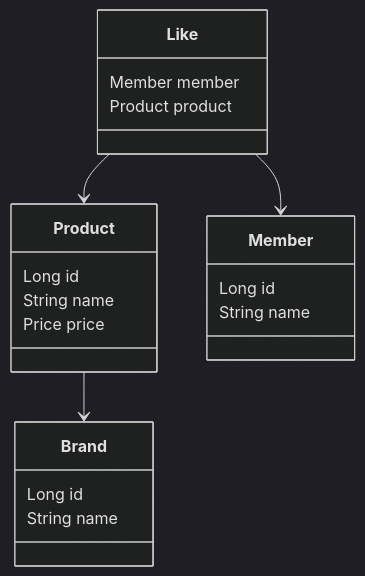
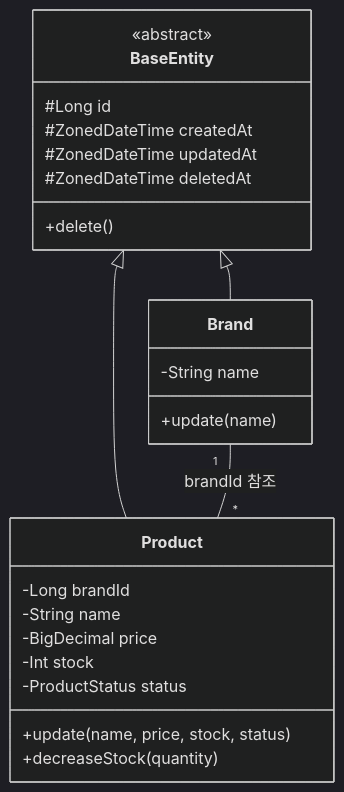
Before and after one commit to Loopers-dev-lab/loop-pack-be-l2-vol3-kotlin: the first of 3 diagrams in .claude/skills/class-diagram/SKILL.md, drawn with Mermaid (dark theme). The commit also changed other lines of this file and 5 other files, not shown here.

````diff
--- a/.claude/skills/class-diagram/SKILL.md
+++ b/.claude/skills/class-diagram/SKILL.md
@@ -31,24 +105,32 @@
 ```mermaid
 classDiagram
-    class Product {
-        Long id
-        String name
-        Price price
-    }
-    class Brand {
-        Long id
-        String name
-    }
-    class Like {
-        Member member
-        Product product
-    }
-    class Member {
-        Long id
-        String name
+    direction TB
+
+    class BaseEntity {
+        <<abstract>>
+        #Long id
+        #ZonedDateTime createdAt
+        #ZonedDateTime updatedAt
+        #ZonedDateTime deletedAt
+        +delete()
     }
 
-    Product --> Brand
-    Like --> Member
-    Like --> Product
-  ```
+    class Product {
+        -Long brandId
+        -String name
+        -BigDecimal price
+        -Int stock
+        -ProductStatus status
+        +update(name, price, stock, status)
+        +decreaseStock(quantity)
+    }
+
+    class Brand {
+        -String name
+        +update(name)
+    }
+
+    BaseEntity <|-- Brand
+    BaseEntity <|-- Product
+    Brand "1" -- "*" Product: brandId 참조
+```
````
